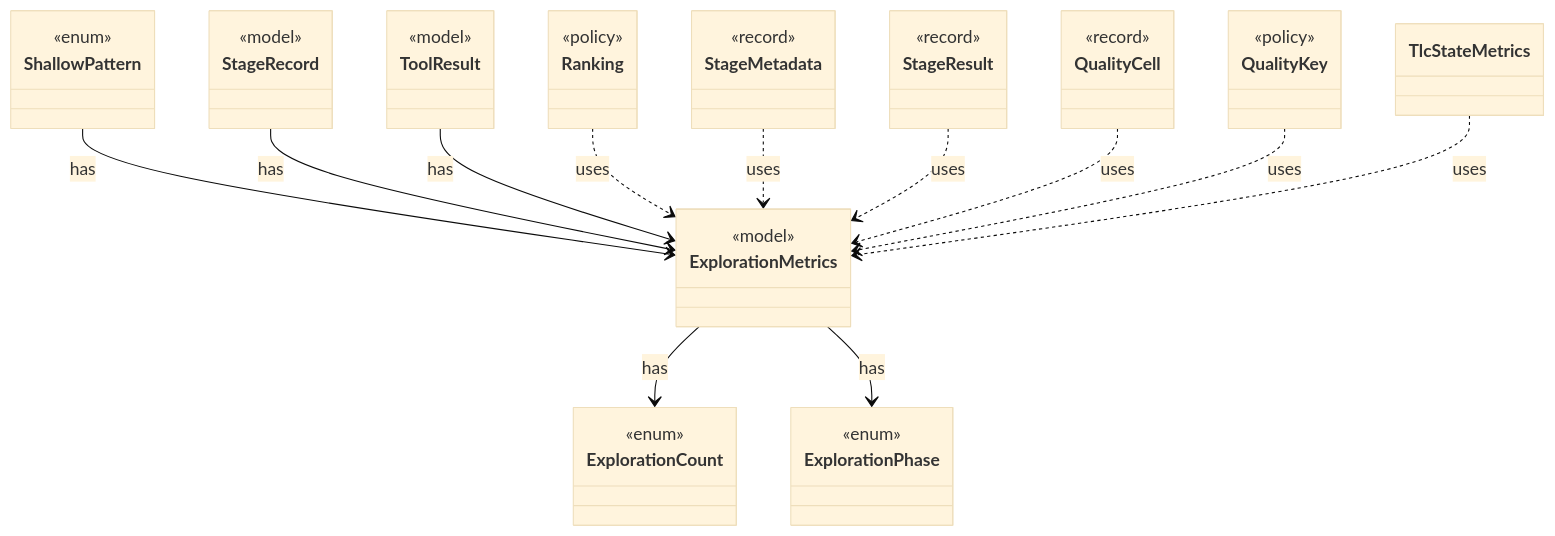
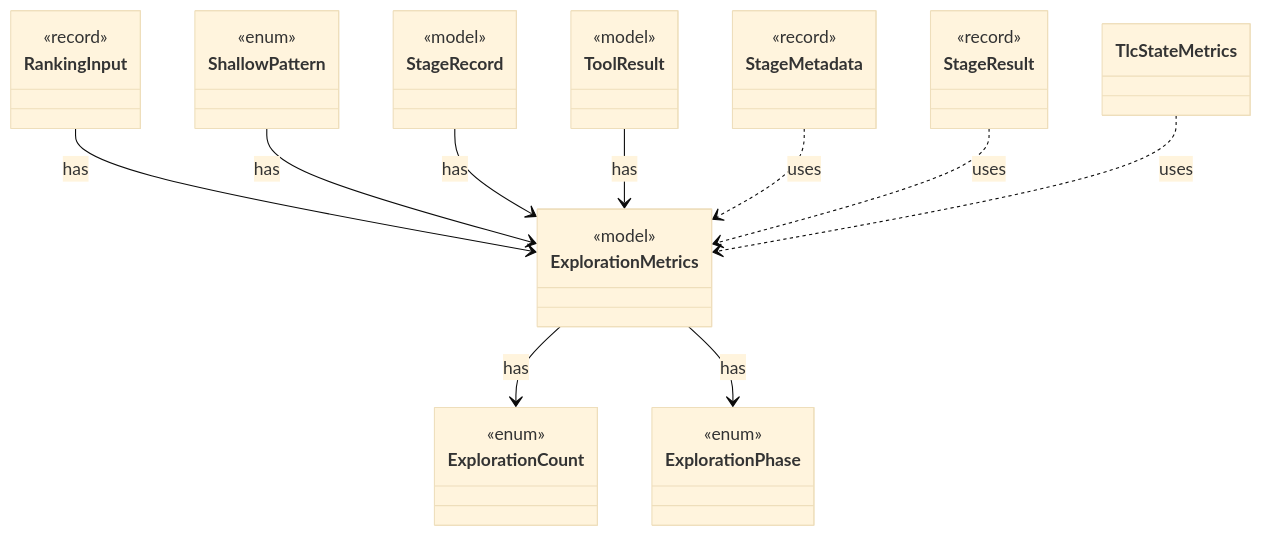
Before and after one commit to tlaplus/model-checker-hardening: the diagram in dev/types/io.github.tlaplus.hardening.checker.ExplorationMetrics.md, drawn with Mermaid (base theme). The commit also changed other lines of this file and 410 other files, not shown here.

````diff
--- a/dev/types/io.github.tlaplus.hardening.checker.ExplorationMetrics.md
+++ b/dev/types/io.github.tlaplus.hardening.checker.ExplorationMetrics.md
@@ -9,48 +9,40 @@
 ```mermaid
 classDiagram
   class ExplorationMetrics {
     <<model>>
   }
   class ExplorationCount {
     <<enum>>
   }
   class ExplorationPhase {
     <<enum>>
   }
+  class RankingInput {
+    <<record>>
+  }
   class ShallowPattern {
     <<enum>>
   }
   class StageRecord {
     <<model>>
   }
   class ToolResult {
     <<model>>
   }
-  class Ranking {
-    <<policy>>
-  }
   class StageMetadata {
     <<record>>
   }
   class StageResult {
     <<record>>
   }
-  class QualityCell {
-    <<record>>
-  }
-  class QualityKey {
-    <<policy>>
-  }
   class TlcStateMetrics
   ExplorationMetrics --> ExplorationCount : has
   ExplorationMetrics --> ExplorationPhase : has
+  RankingInput --> ExplorationMetrics : has
   ShallowPattern --> ExplorationMetrics : has
   StageRecord --> ExplorationMetrics : has
   ToolResult --> ExplorationMetrics : has
-  Ranking ..> ExplorationMetrics : uses
   StageMetadata ..> ExplorationMetrics : uses
   StageResult ..> ExplorationMetrics : uses
-  QualityCell ..> ExplorationMetrics : uses
-  QualityKey ..> ExplorationMetrics : uses
   TlcStateMetrics ..> ExplorationMetrics : uses
 ```
````
